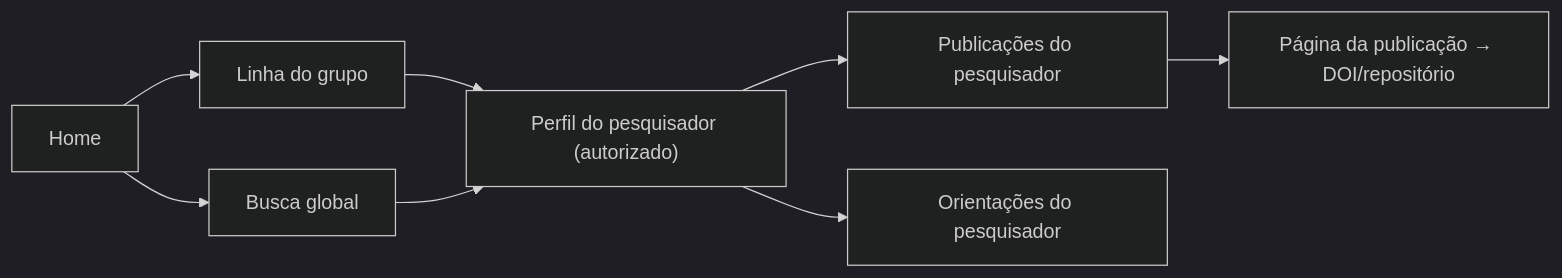
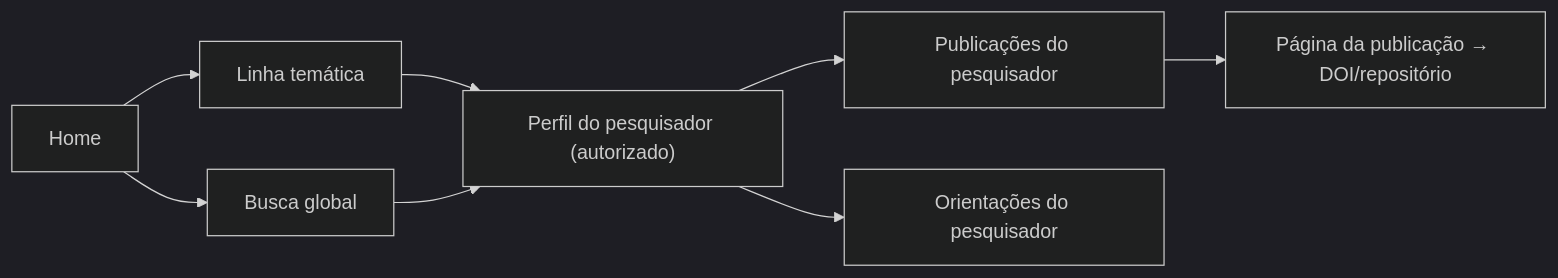
Before and after one commit to labarro/PPGPS-Portal: the third of 10 diagrams in docs/PLANEJAMENTO_PORTAL_PPGPS.md, drawn with Mermaid (dark theme). The commit also changed other lines of this file and 29 other files, not shown here.

````diff
--- a/docs/PLANEJAMENTO_PORTAL_PPGPS.md
+++ b/docs/PLANEJAMENTO_PORTAL_PPGPS.md
@@ -654,9 +677,9 @@
 ```mermaid
 flowchart LR
-    A["Home"] --> B["Linha do grupo"]
+    A["Home"] --> B["Linha temática"]
     B --> C["Perfil do pesquisador (autorizado)"]
     C --> D["Publicações do pesquisador"]
     C --> E["Orientações do pesquisador"]
     D --> F["Página da publicação → DOI/repositório"]
     A --> G["Busca global"] --> C
 ```
````
